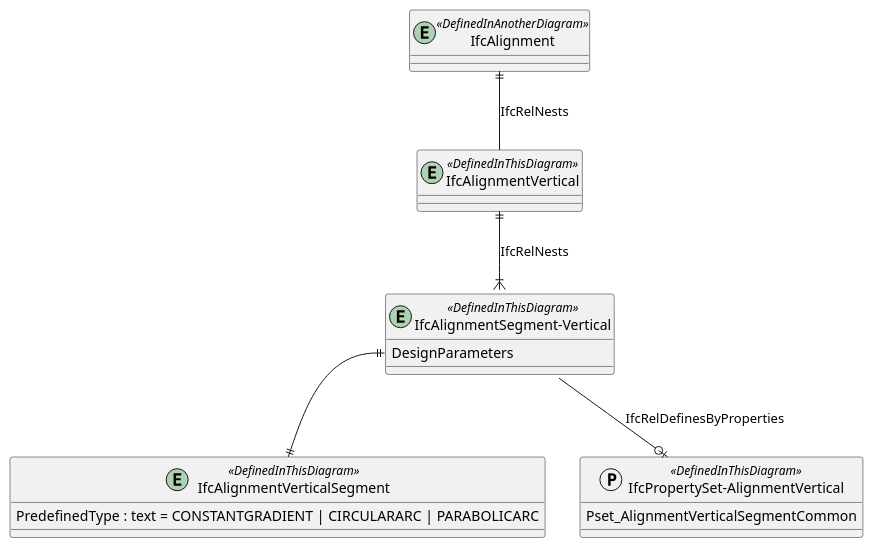
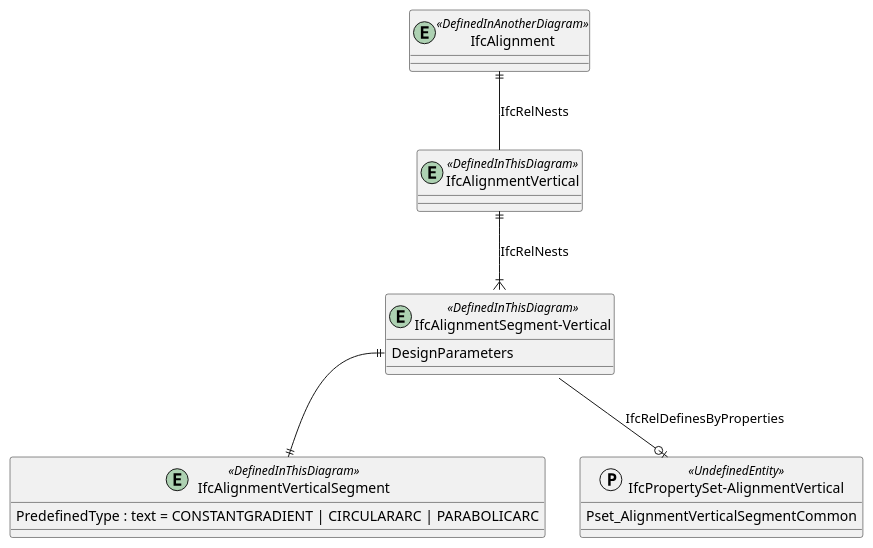
Before and after one commit to buildingSMART-Finland/RYTV-IFCRoute: the diagram in diagrams/bsf-IfcAlignmentVertical.pu, drawn with PlantUML. The commit also changed 7 other files, not shown here.

Commit message:
Property set definitions

```diff
--- a/diagrams/bsf-IfcAlignmentVertical.pu
+++ b/diagrams/bsf-IfcAlignmentVertical.pu
@@ -1,32 +1,32 @@
 @startuml 
 
 entity IfcAlignment <<DefinedInAnotherDiagram>>
 
 entity IfcAlignmentVertical <<DefinedInThisDiagram>>
 
 
 entity IfcAlignmentSegment-Vertical <<DefinedInThisDiagram>>
 {
     DesignParameters
 }
 
 IfcAlignmentVertical ||--|{ "IfcAlignmentSegment-Vertical" : IfcRelNests
 
 entity IfcAlignmentVerticalSegment <<DefinedInThisDiagram>>
 {
     PredefinedType : text = CONSTANTGRADIENT | CIRCULARARC | PARABOLICARC
 }
 
 
 "IfcAlignmentSegment-Vertical::DesignParameters" ||--|| IfcAlignmentVerticalSegment
 
 IfcAlignment ||-- IfcAlignmentVertical : IfcRelNests
 
 
-protocol "IfcPropertySet-AlignmentVertical" <<DefinedInThisDiagram>>
+protocol "IfcPropertySet-AlignmentVertical" <<UndefinedEntity>>
 {
   Pset_AlignmentVerticalSegmentCommon
 }
 "IfcAlignmentSegment-Vertical" --o| "IfcPropertySet-AlignmentVertical" : IfcRelDefinesByProperties
 
 @enduml
```
